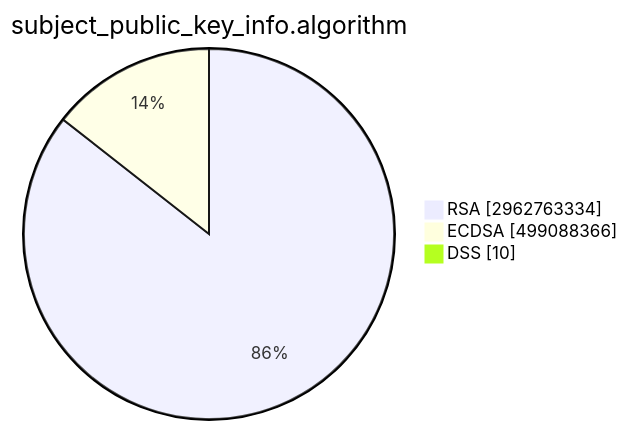
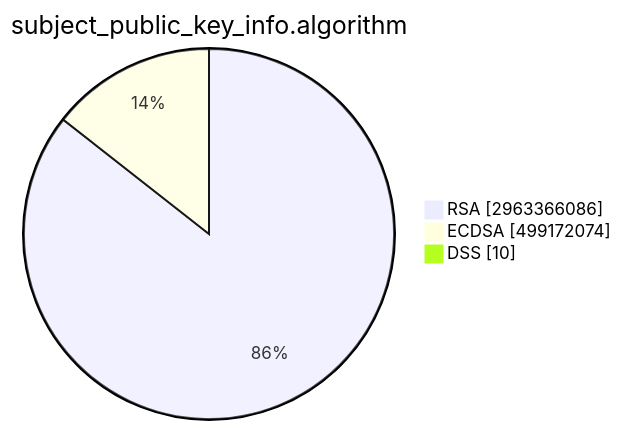
The second of 15 diagrams in TOTAL/README.md (christiankrug/ctmonitor_visualization), drawn with Mermaid before and after one commit. The commit also changed other lines of this file, not shown here.

````diff
--- a/TOTAL/README.md
+++ b/TOTAL/README.md
@@ -6,7 +6,7 @@
 ```mermaid
 pie showData
 title subject_public_key_info.algorithm
-"RSA" :2962763334
-"ECDSA" :499088366
+"RSA" :2963366086
+"ECDSA" :499172074
 "DSS" :10
 ```
````
